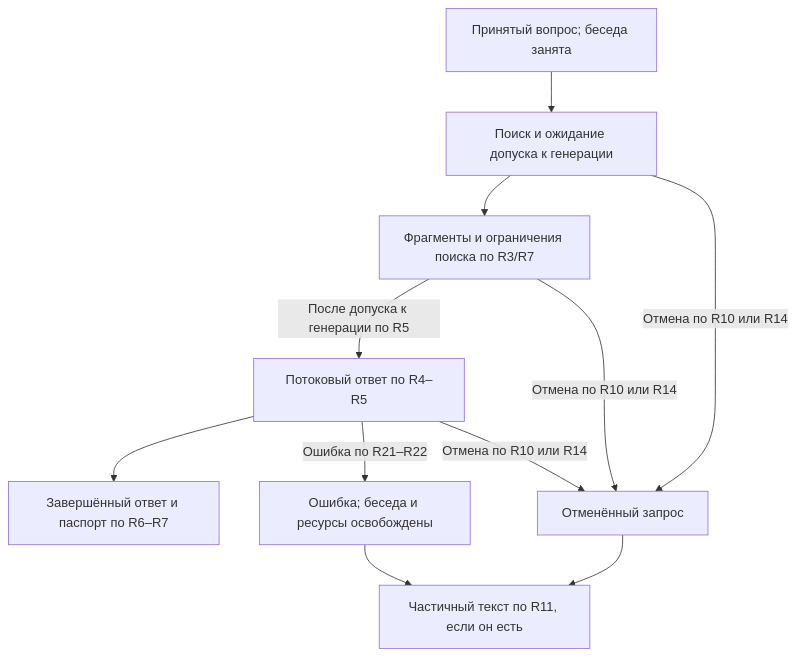
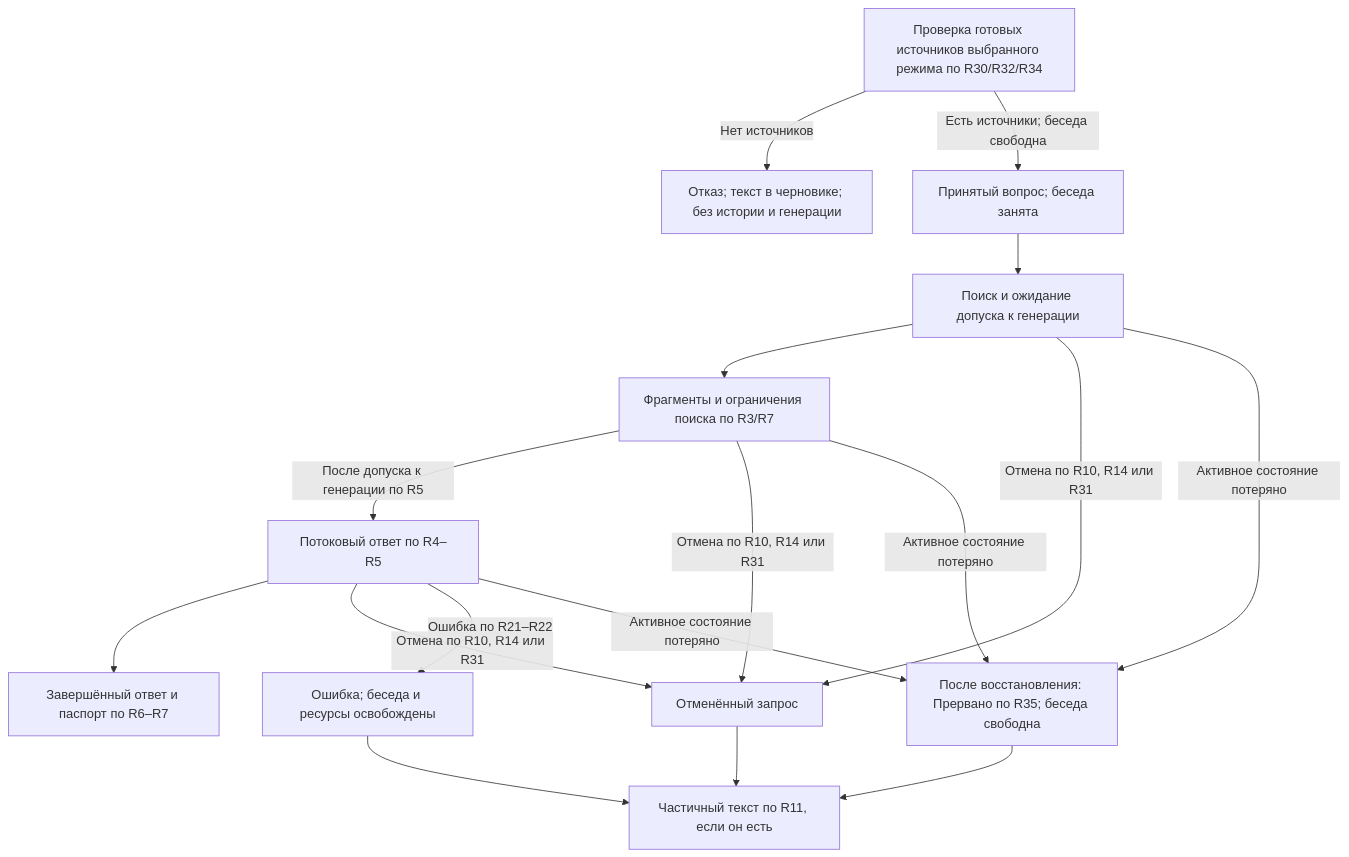
Before and after one commit to OctaDim/Multi_User_RAG_Assist_System: the second of 3 diagrams in harness/project/docs/plans/2026-10-13-0244-feat-rag-answer-lifecycle-plan.md, drawn with Mermaid. The commit also changed other lines of this file and 3 other files, not shown here.

````diff
--- a/harness/project/docs/plans/2026-10-13-0244-feat-rag-answer-lifecycle-plan.md
+++ b/harness/project/docs/plans/2026-10-13-0244-feat-rag-answer-lifecycle-plan.md
@@ -139,13 +169,19 @@
 ```mermaid
 flowchart TB
+    sources["Проверка готовых источников выбранного режима по R30/R32/R34"] -->|"Нет источников"| rejected["Отказ; текст в черновике; без истории и генерации"]
+    sources -->|"Есть источники; беседа свободна"| accepted
     accepted["Принятый вопрос; беседа занята"] --> waiting["Поиск и ожидание допуска к генерации"]
     waiting --> fragments["Фрагменты и ограничения поиска по R3/R7"]
     fragments -->|"После допуска к генерации по R5"| generating["Потоковый ответ по R4–R5"]
     generating --> complete["Завершённый ответ и паспорт по R6–R7"]
-    waiting -->|"Отмена по R10 или R14"| cancelled["Отменённый запрос"]
-    fragments -->|"Отмена по R10 или R14"| cancelled
-    generating -->|"Отмена по R10 или R14"| cancelled
+    waiting -->|"Отмена по R10, R14 или R31"| cancelled["Отменённый запрос"]
+    fragments -->|"Отмена по R10, R14 или R31"| cancelled
+    generating -->|"Отмена по R10, R14 или R31"| cancelled
     cancelled --> partial["Частичный текст по R11, если он есть"]
     generating -->|"Ошибка по R21–R22"| failed["Ошибка; беседа и ресурсы освобождены"]
     failed --> partial
+    waiting -->|"Активное состояние потеряно"| lost["После восстановления: Прервано по R35; беседа свободна"]
+    fragments -->|"Активное состояние потеряно"| lost
+    generating -->|"Активное состояние потеряно"| lost
+    lost --> partial
 ```
````
